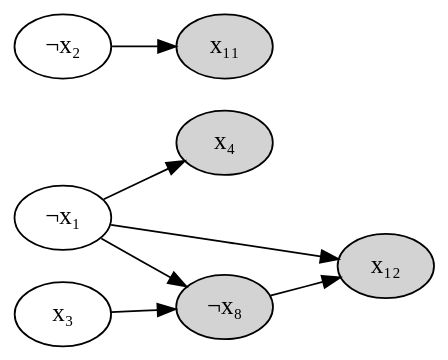
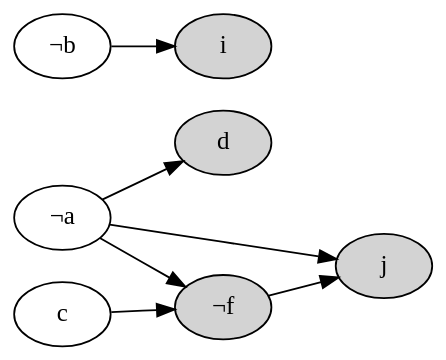
The diagram in sat-solvers/images/graph1x2.dot (vaibhavsagar/presentations), drawn with Graphviz before and after one commit. The commit also changed 21 other files, not shown here.

```diff
--- a/sat-solvers/images/graph1x2.dot
+++ b/sat-solvers/images/graph1x2.dot
@@ -1,19 +1,19 @@
 digraph {
-    x₁ [label="¬x₁"]
-    x₂ [label="¬x₂"]
-    x₄ [style="filled"]
-    x₈ [label="¬x₈", style="filled"]
-    x₁₁ [style="filled"]
-    x₁₂ [style="filled"]
-    x₁ -> x₄
-    x₃ -> x₈
-    x₁ -> x₈
-    x₁ -> x₁₂
-    x₈ -> x₁₂
-    x₂ -> x₁₁
+    a [label="¬a"]
+    b [label="¬b"]
+    d [style="filled"]
+    f [label="¬f", style="filled"]
+    i [style="filled"]
+    j [style="filled"]
+    a -> d
+    c -> f
+    a -> f
+    a -> j
+    f -> j
+    b -> i
     rankdir="LR"
-    {rank=same; x₁ x₂ x₃}
+    {rank=same; a b c}
     overlap=false
     splines=true
     bgcolor=transparent
 }
```
